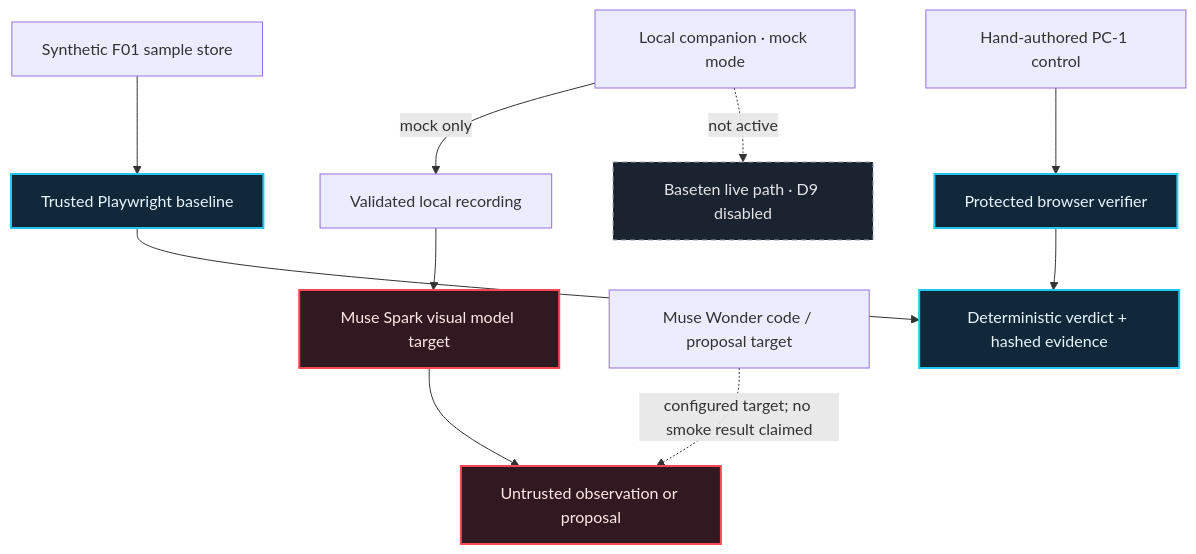
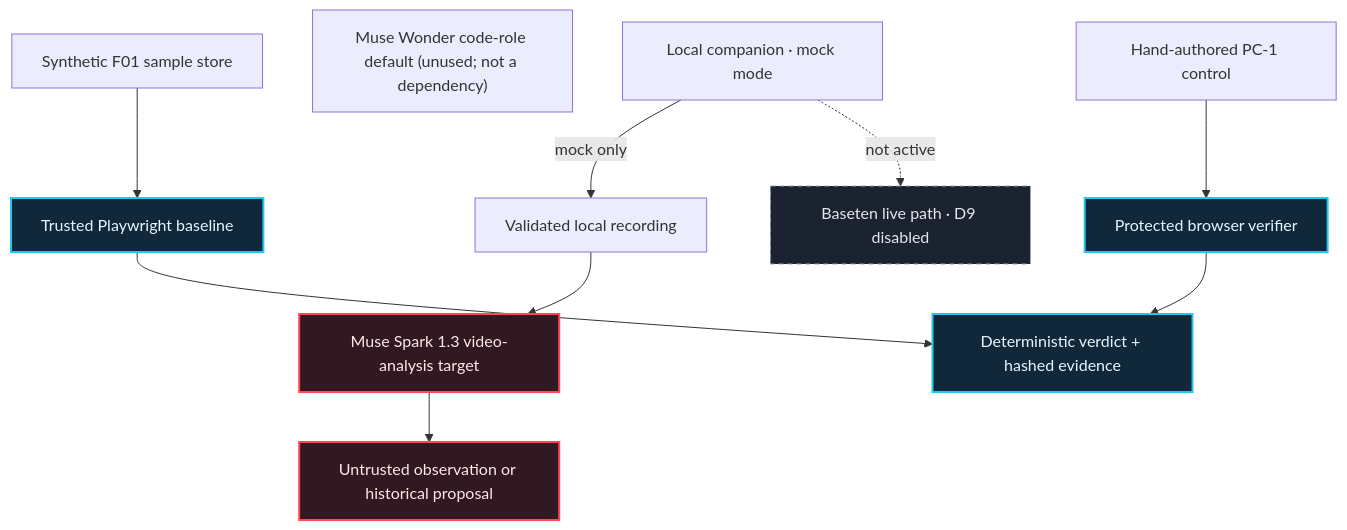
One commit to mrdzyn/proofpilot-ai changed the diagram in README.md. Above: the diagram before and after it, drawn with Mermaid. The commit also changed other lines of this file, not shown here.

Commit message:
docs: correct README model smoke status

````diff
--- a/README.md
+++ b/README.md
@@ -73,28 +73,27 @@
 ```mermaid
 flowchart TB
     F["Synthetic F01 sample store"]
     O["Trusted Playwright baseline"]
     V["Validated local recording"]
-    S["Muse Spark visual model target"]
-    H["Untrusted observation or proposal"]
-    W["Muse Wonder code / proposal target"]
+    S["Muse Spark 1.3 video-analysis target"]
+    H["Untrusted observation or historical proposal"]
+    W["Muse Wonder code-role default (unused; not a dependency)"]
     C["Hand-authored PC-1 control"]
     R["Protected browser verifier"]
     E["Deterministic verdict + hashed evidence"]
     L["Local companion · mock mode"]
     B["Baseten live path · D9 disabled"]
 
     F --> O --> E
     V --> S --> H
-    W -. "configured target; no smoke result claimed" .-> H
     C --> R --> E
     L -->|"mock only"| V
     L -. "not active" .-> B
 
     classDef trusted fill:#10283a,color:#e8f7ff,stroke:#22c6f0,stroke-width:2px
     classDef untrusted fill:#311821,color:#ffe8e8,stroke:#ff4757,stroke-width:2px
     classDef gated fill:#1b2230,color:#e5e7eb,stroke:#94a3b8,stroke-dasharray:5 4
     class O,R,E trusted
     class S,H untrusted
     class B gated
 ```
````
